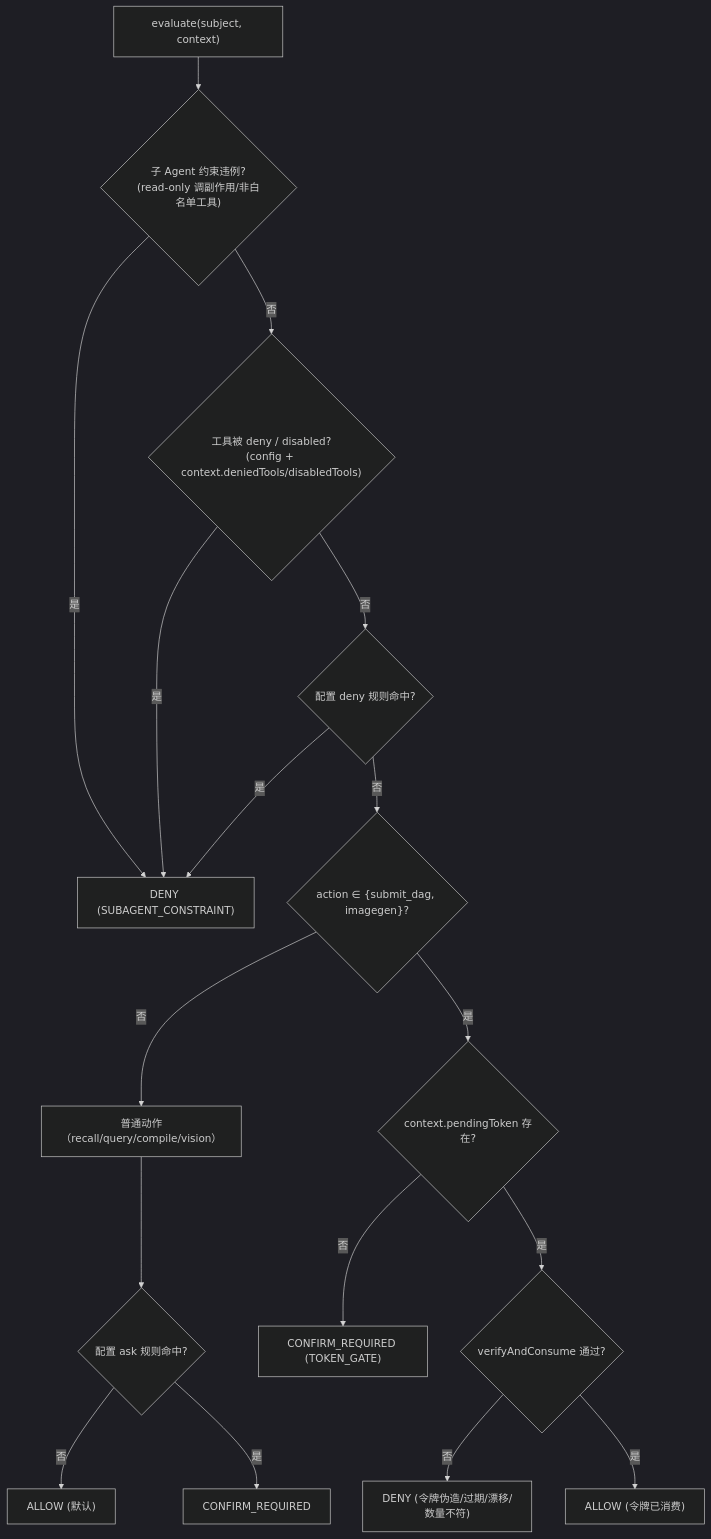
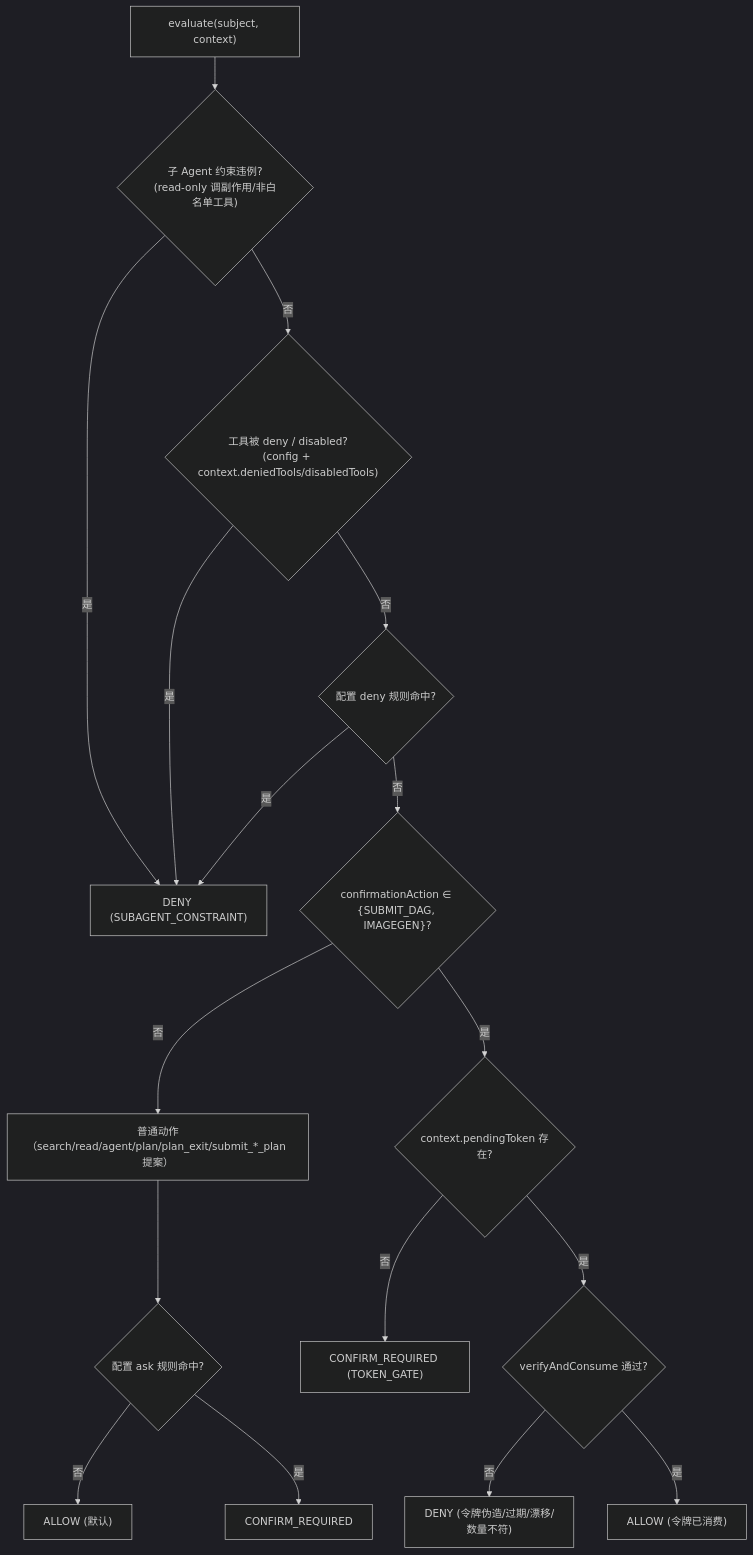
The second of 2 diagrams in docs/design-docs/infra/permission.md (EtherealStar/PixFlow), drawn with Mermaid (dark theme) before and after one commit. The commit also changed other lines of this file and 23 other files, not shown here.

Commit message:
docs: update architecture, module designs, and archive completed plans

````diff
--- a/docs/design-docs/infra/permission.md
+++ b/docs/design-docs/infra/permission.md
@@ -309,19 +308,19 @@
 ```mermaid
 flowchart TD
   Start["evaluate(subject, context)"] --> A1{"子 Agent 约束违例?<br/>(read-only 调副作用/非白名单工具)"}
   A1 -->|是| Deny["DENY (SUBAGENT_CONSTRAINT)"]
   A1 -->|否| A2{"工具被 deny / disabled?<br/>(config + context.deniedTools/disabledTools)"}
   A2 -->|是| Deny
   A2 -->|否| A3{"配置 deny 规则命中?"}
   A3 -->|是| Deny
-  A3 -->|否| B1{"action ∈ {submit_dag, imagegen}?"}
-  B1 -->|否| C1["普通动作（recall/query/compile/vision）"]
+  A3 -->|否| B1{"confirmationAction ∈ {SUBMIT_DAG, IMAGEGEN}?"}
+  B1 -->|否| C1["普通动作（search/read/agent/plan/plan_exit/submit_*_plan 提案）"]
   B1 -->|是| B2{"context.pendingToken 存在?"}
   B2 -->|否| Confirm["CONFIRM_REQUIRED (TOKEN_GATE)"]
   B2 -->|是| B3{"verifyAndConsume 通过?"}
   B3 -->|否| Deny2["DENY (令牌伪造/过期/漂移/数量不符)"]
   B3 -->|是| Allow1["ALLOW (令牌已消费)"]
   C1 --> C2{"配置 ask 规则命中?"}
   C2 -->|否| Allow2["ALLOW (默认)"]
   C2 -->|是| Confirm2["CONFIRM_REQUIRED"]
 ```
````
